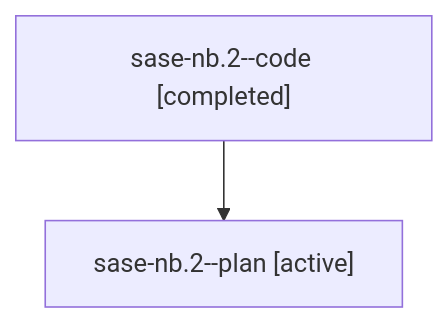
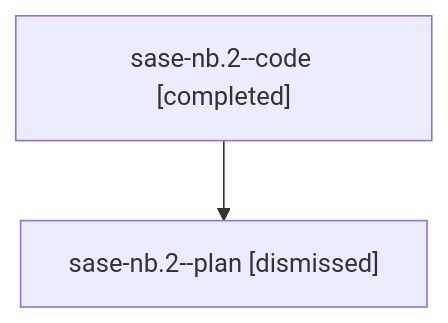
One commit to sase-org/sase--agents changed the diagram in sessions/bbugyi200.athena.sase-nb.2.md. Above: the diagram before and after it, drawn with Mermaid. The commit also changed other lines of this file and 219 other files, not shown here.

````diff
--- a/sessions/bbugyi200.athena.sase-nb.2.md
+++ b/sessions/bbugyi200.athena.sase-nb.2.md
@@ -9,6 +9,6 @@
 ```mermaid
 flowchart TD
   n0["sase-nb.2--code [completed]"]
-  n1["sase-nb.2--plan [active]"]
+  n1["sase-nb.2--plan [dismissed]"]
   n0 --> n1
 ```
````
